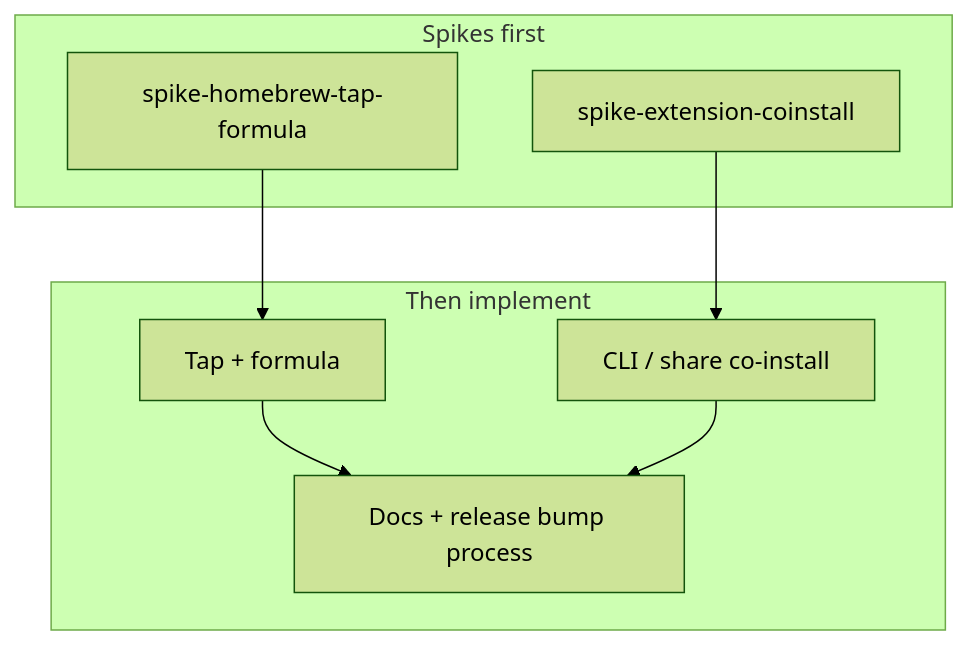
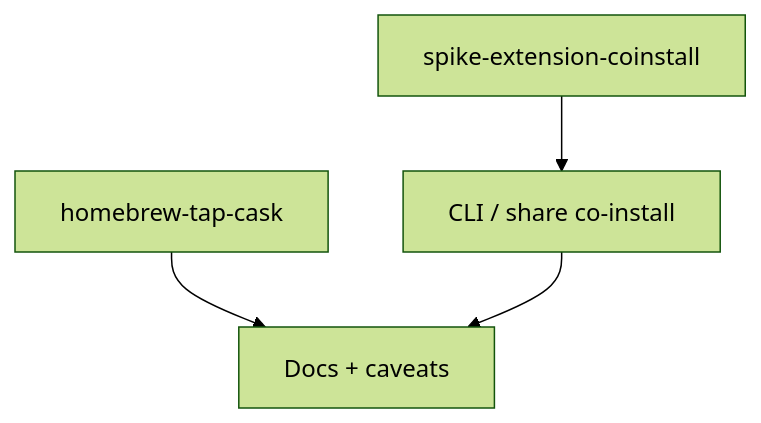
The diagram in dev/tasks/homebrew-tap-distribution.md (infomosquitos/ticketmosquito), drawn with Mermaid (forest theme) before and after one commit. The commit also changed other lines of this file and 18 other files, not shown here.

````diff
--- a/dev/tasks/homebrew-tap-distribution.md
+++ b/dev/tasks/homebrew-tap-distribution.md
@@ -88,16 +89,10 @@
 ```mermaid
 flowchart TB
-  subgraph spikes [Spikes first]
-    F[spike-homebrew-tap-formula]
-    E[spike-extension-coinstall]
-  end
-  subgraph ship [Then implement]
-    T[Tap + formula]
-    C[CLI / share co-install]
-    D[Docs + release bump process]
-  end
-  F --> T
+  Cask[homebrew-tap-cask]
+  E[spike-extension-coinstall]
+  D[Docs + caveats]
+  C[CLI / share co-install]
+  Cask --> D
   E --> C
-  T --> D
   C --> D
 ```
````
